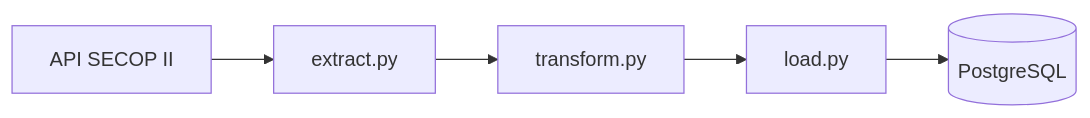
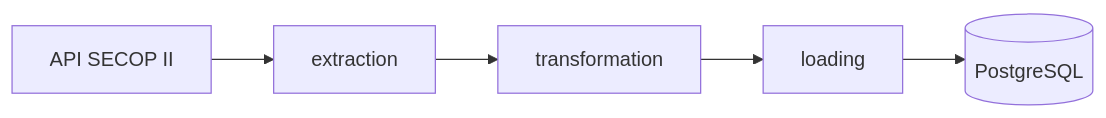
Before and after one commit to bryanmg20/secop2-etl-pipeline: the diagram in README.md, drawn with Mermaid. The commit also changed other lines of this file and 16 other files, not shown here.

````diff
--- a/README.md
+++ b/README.md
@@ -17,7 +17,7 @@
 ```mermaid
 graph LR
-    A[API SECOP II] --> B[extract.py]
-    B --> C[transform.py]
-    C --> D[load.py]
+    A[API SECOP II] --> B[extraction]
+    B --> C[transformation]
+    C --> D[loading]
     D --> E[(PostgreSQL)]
 ```
````
